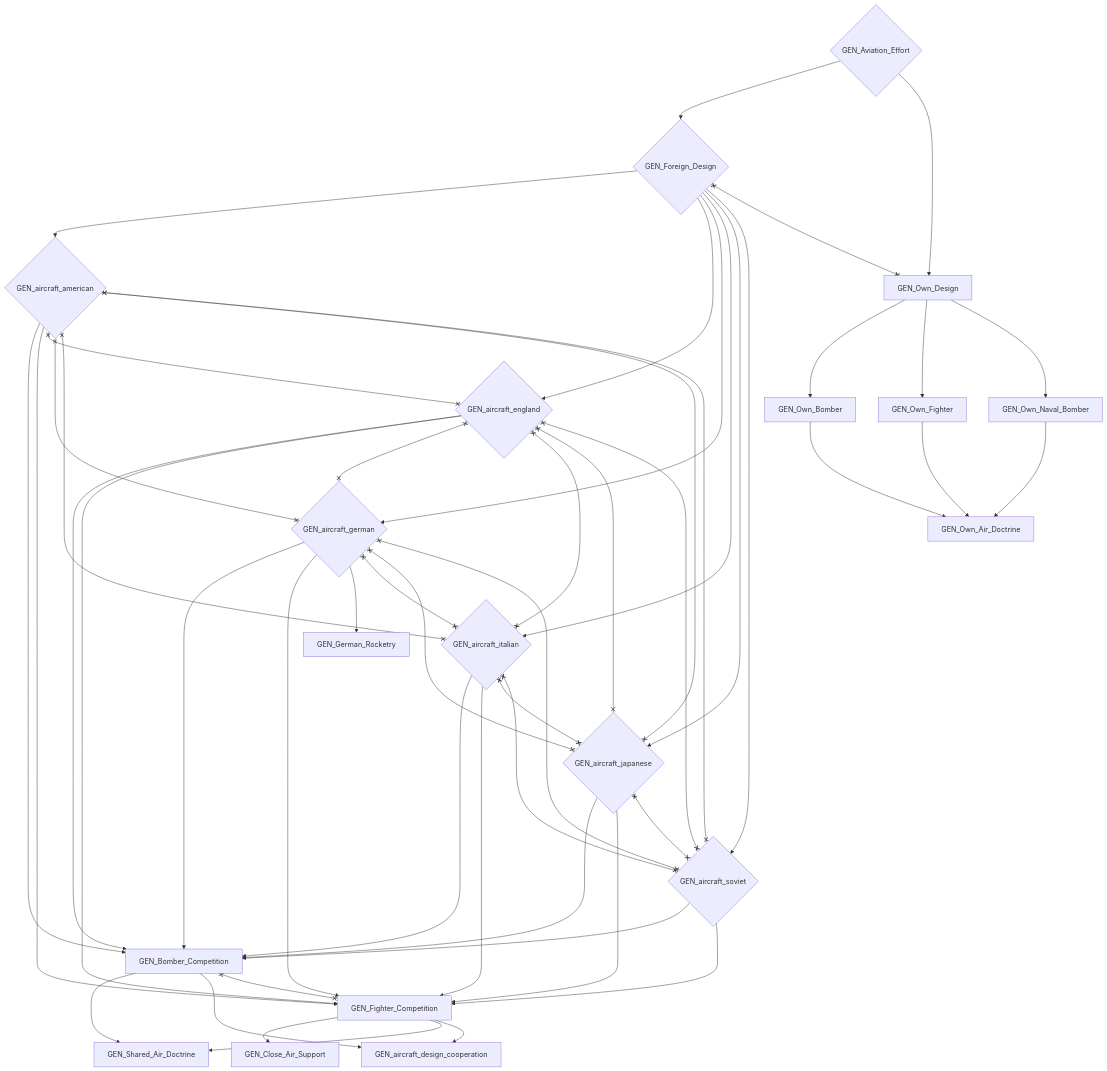
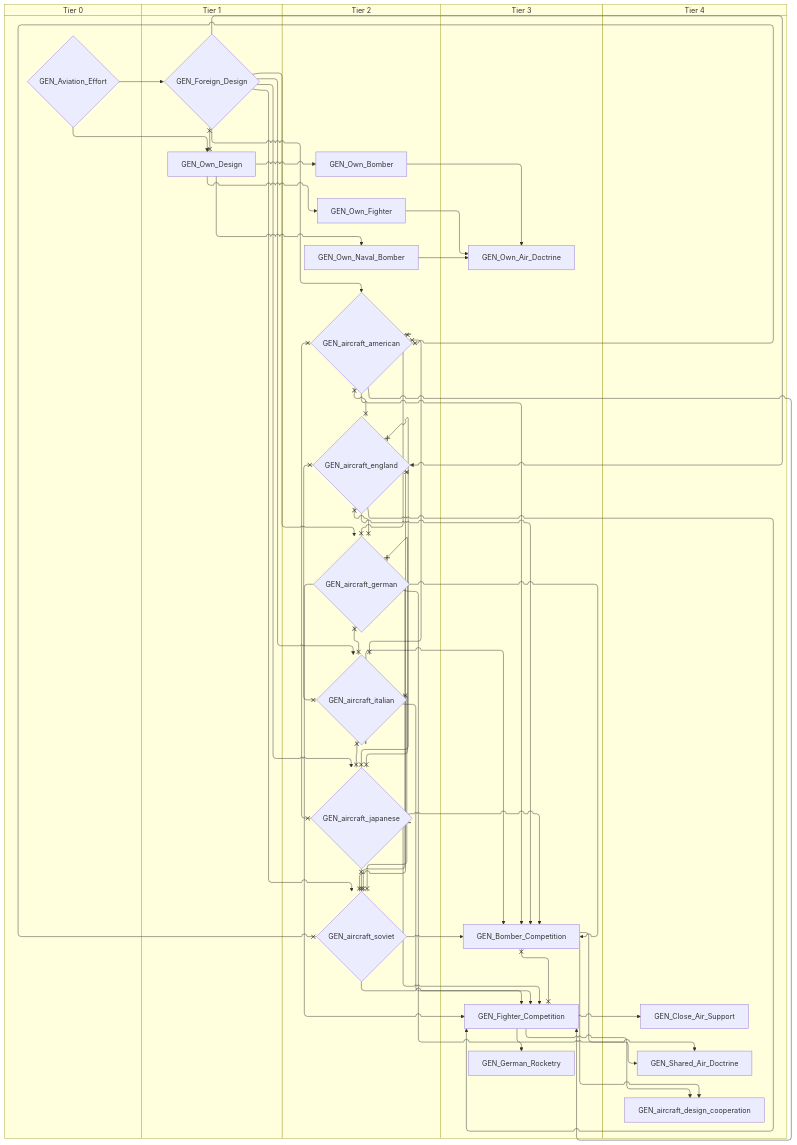
Before and after one commit to evgeny-sobol/hoi4-sandbox-mode-r56: the first of 5 diagrams in docs/gdd/National Focuses/r56_gen_shared.md, drawn with Mermaid. The commit also changed other lines of this file and 423 other files, not shown here.

First line of the commit message:
Re-export Rt56 focus trees as swimlane diagrams

````diff
--- a/docs/gdd/National Focuses/r56_gen_shared.md
+++ b/docs/gdd/National Focuses/r56_gen_shared.md
@@ -3,71 +3,81 @@
 ```mermaid
-flowchart TD
-    n1{"GEN_Aviation_Effort"}
-    n2["GEN_Bomber_Competition"]
-    n3["GEN_Close_Air_Support"]
-    n4["GEN_Fighter_Competition"]
-    n5{"GEN_Foreign_Design"}
-    n6["GEN_German_Rocketry"]
-    n7["GEN_Own_Air_Doctrine"]
-    n8["GEN_Own_Bomber"]
-    n9["GEN_Own_Design"]
-    n10["GEN_Own_Fighter"]
-    n11["GEN_Own_Naval_Bomber"]
-    n12["GEN_Shared_Air_Doctrine"]
-    n13{"GEN_aircraft_american"}
-    n14["GEN_aircraft_design_cooperation"]
-    n15{"GEN_aircraft_england"}
-    n16{"GEN_aircraft_german"}
-    n17{"GEN_aircraft_italian"}
-    n18{"GEN_aircraft_japanese"}
-    n19{"GEN_aircraft_soviet"}
-    n16 --> n2
-    n15 --> n2
-    n13 --> n2
-    n19 --> n2
-    n17 --> n2
-    n18 --> n2
-    n4 --> n3
-    n16 --> n4
-    n15 --> n4
-    n13 --> n4
-    n19 --> n4
-    n17 --> n4
-    n18 --> n4
-    n1 --> n5
-    n16 --> n6
-    n10 --> n7
-    n8 --> n7
-    n11 --> n7
-    n9 --> n8
-    n1 --> n9
-    n9 --> n10
-    n9 --> n11
-    n4 --> n12
+swimlane-beta TD
+    subgraph tier_0["Tier 0"]
+        n1{"GEN_Aviation_Effort"}
+    end
+    subgraph tier_1["Tier 1"]
+        n2{"GEN_Foreign_Design"}
+        n3["GEN_Own_Design"]
+    end
+    subgraph tier_2["Tier 2"]
+        n4["GEN_Own_Bomber"]
+        n5["GEN_Own_Fighter"]
+        n6["GEN_Own_Naval_Bomber"]
+        n7{"GEN_aircraft_american"}
+        n8{"GEN_aircraft_england"}
+        n9{"GEN_aircraft_german"}
+        n10{"GEN_aircraft_italian"}
+        n11{"GEN_aircraft_japanese"}
+        n12{"GEN_aircraft_soviet"}
+    end
+    subgraph tier_3["Tier 3"]
+        n13["GEN_Bomber_Competition"]
+        n14["GEN_Fighter_Competition"]
+        n15["GEN_German_Rocketry"]
+        n16["GEN_Own_Air_Doctrine"]
+    end
+    subgraph tier_4["Tier 4"]
+        n17["GEN_Close_Air_Support"]
+        n18["GEN_Shared_Air_Doctrine"]
+        n19["GEN_aircraft_design_cooperation"]
+    end
+    n9 --> n13
+    n8 --> n13
+    n7 --> n13
+    n12 --> n13
+    n10 --> n13
+    n11 --> n13
+    n14 --> n17
+    n9 --> n14
+    n8 --> n14
+    n7 --> n14
+    n12 --> n14
+    n10 --> n14
+    n11 --> n14
+    n1 --> n2
+    n9 --> n15
+    n5 --> n16
+    n4 --> n16
+    n6 --> n16
+    n3 --> n4
+    n1 --> n3
+    n3 --> n5
+    n3 --> n6
+    n14 --> n18
+    n13 --> n18
+    n2 --> n7
+    n14 --> n19
+    n13 --> n19
+    n2 --> n8
+    n2 --> n9
+    n2 --> n10
+    n2 --> n11
     n2 --> n12
-    n5 --> n13
-    n4 --> n14
-    n2 --> n14
-    n5 --> n15
-    n5 --> n16
-    n5 --> n17
-    n5 --> n18
-    n5 --> n19
-    n2 x--x n4
-    n5 x--x n9
-    n13 x--x n15
-    n13 x--x n16
-    n13 x--x n17
-    n13 x--x n18
-    n13 x--x n19
-    n15 x--x n16
-    n15 x--x n17
-    n15 x--x n18
-    n15 x--x n19
-    n16 x--x n17
-    n16 x--x n18
-    n16 x--x n19
-    n17 x--x n18
-    n17 x--x n19
-    n18 x--x n19
+    n13 x--x n14
+    n2 x--x n3
+    n7 x--x n8
+    n7 x--x n9
+    n7 x--x n10
+    n7 x--x n11
+    n7 x--x n12
+    n8 x--x n9
+    n8 x--x n10
+    n8 x--x n11
+    n8 x--x n12
+    n9 x--x n10
+    n9 x--x n11
+    n9 x--x n12
+    n10 x--x n11
+    n10 x--x n12
+    n11 x--x n12
 ```
````
